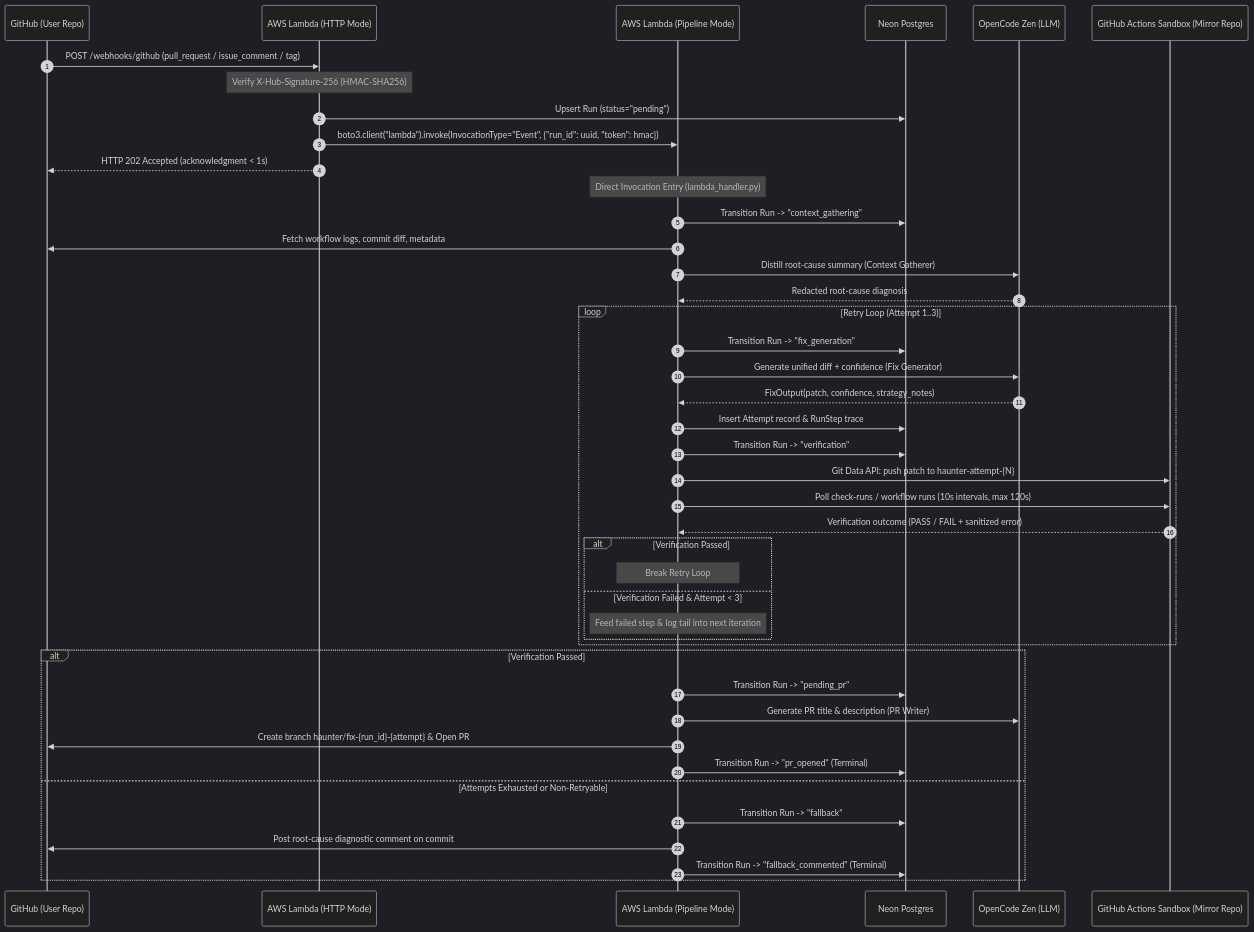
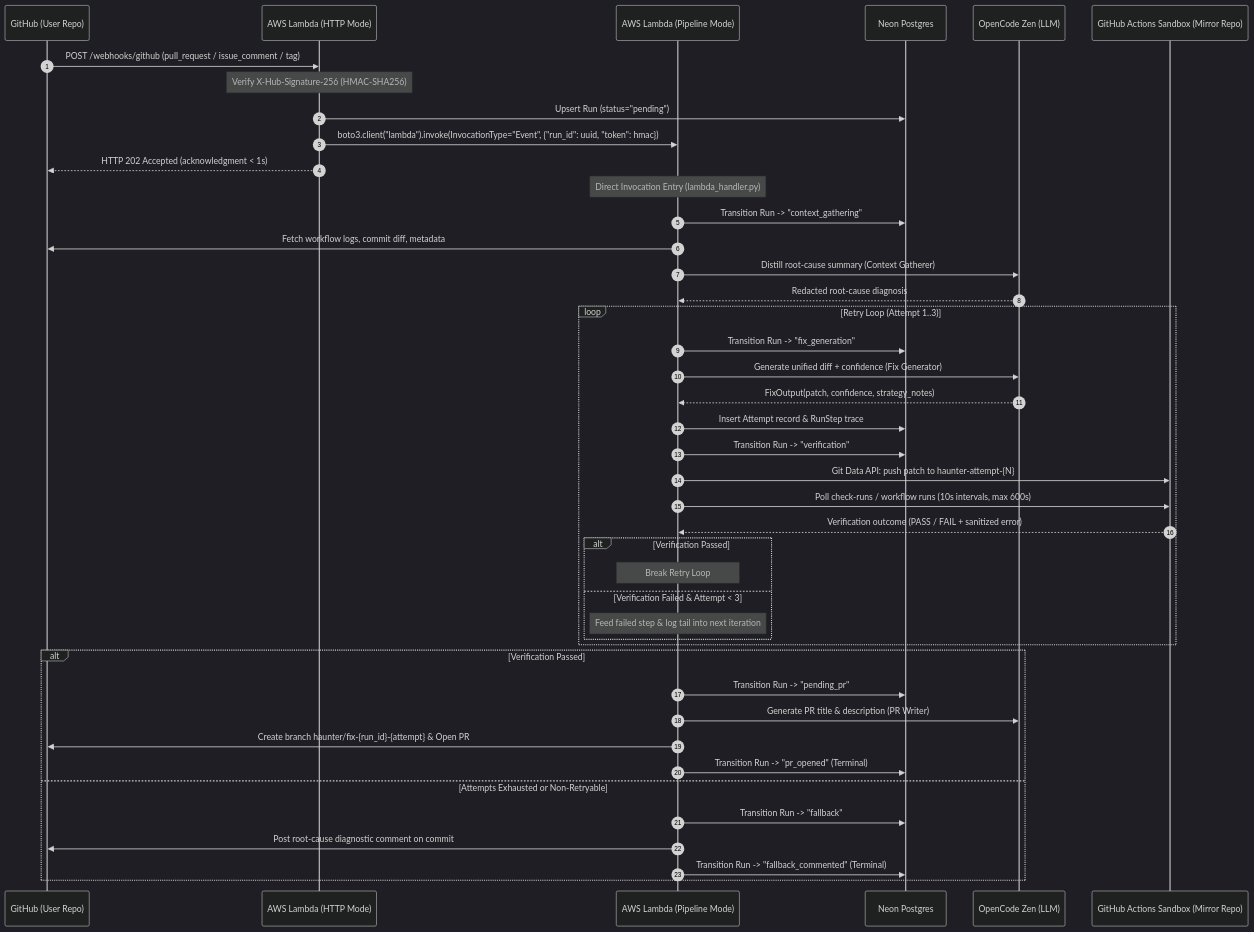
The first of 2 diagrams in HAUNTER.md (kaiizer777/Haunter), drawn with Mermaid (dark theme) before and after one commit. The commit also changed other lines of this file, not shown here.

````diff
--- a/HAUNTER.md
+++ b/HAUNTER.md
@@ -50,51 +50,51 @@
 ```mermaid
 sequenceDiagram
     autonumber
     participant GH as GitHub (User Repo)
     participant L_HTTP as AWS Lambda (HTTP Mode)
     participant L_ASYNC as AWS Lambda (Pipeline Mode)
     participant DB as Neon Postgres
     participant LLM as OpenCode Zen (LLM)
     participant SB as GitHub Actions Sandbox (Mirror Repo)
 
     GH->>L_HTTP: POST /webhooks/github (pull_request / issue_comment / tag)
     Note over L_HTTP: Verify X-Hub-Signature-256 (HMAC-SHA256)
     L_HTTP->>DB: Upsert Run (status="pending")
     L_HTTP->>L_ASYNC: boto3.client("lambda").invoke(InvocationType="Event", {"run_id": uuid, "token": hmac})
     L_HTTP-->>GH: HTTP 202 Accepted (acknowledgment < 1s)
 
     Note over L_ASYNC: Direct Invocation Entry (lambda_handler.py)
     L_ASYNC->>DB: Transition Run -> "context_gathering"
     L_ASYNC->>GH: Fetch workflow logs, commit diff, metadata
     L_ASYNC->>LLM: Distill root-cause summary (Context Gatherer)
     LLM-->>L_ASYNC: Redacted root-cause diagnosis
 
     loop Retry Loop (Attempt 1..3)
         L_ASYNC->>DB: Transition Run -> "fix_generation"
         L_ASYNC->>LLM: Generate unified diff + confidence (Fix Generator)
         LLM-->>L_ASYNC: FixOutput(patch, confidence, strategy_notes)
         L_ASYNC->>DB: Insert Attempt record & RunStep trace
         
         L_ASYNC->>DB: Transition Run -> "verification"
         L_ASYNC->>SB: Git Data API: push patch to haunter-attempt-{N}
-        L_ASYNC->>SB: Poll check-runs / workflow runs (10s intervals, max 120s)
+        L_ASYNC->>SB: Poll check-runs / workflow runs (10s intervals, max 600s)
         SB-->>L_ASYNC: Verification outcome (PASS / FAIL + sanitized error)
         
         alt Verification Passed
             Note over L_ASYNC: Break Retry Loop
         else Verification Failed & Attempt < 3
             Note over L_ASYNC: Feed failed step & log tail into next iteration
         end
     end
 
     alt Verification Passed
         L_ASYNC->>DB: Transition Run -> "pending_pr"
         L_ASYNC->>LLM: Generate PR title & description (PR Writer)
         L_ASYNC->>GH: Create branch haunter/fix-{run_id}-{attempt} & Open PR
         L_ASYNC->>DB: Transition Run -> "pr_opened" (Terminal)
     else Attempts Exhausted or Non-Retryable
         L_ASYNC->>DB: Transition Run -> "fallback"
         L_ASYNC->>GH: Post root-cause diagnostic comment on commit
         L_ASYNC->>DB: Transition Run -> "fallback_commented" (Terminal)
     end
 ```
````
